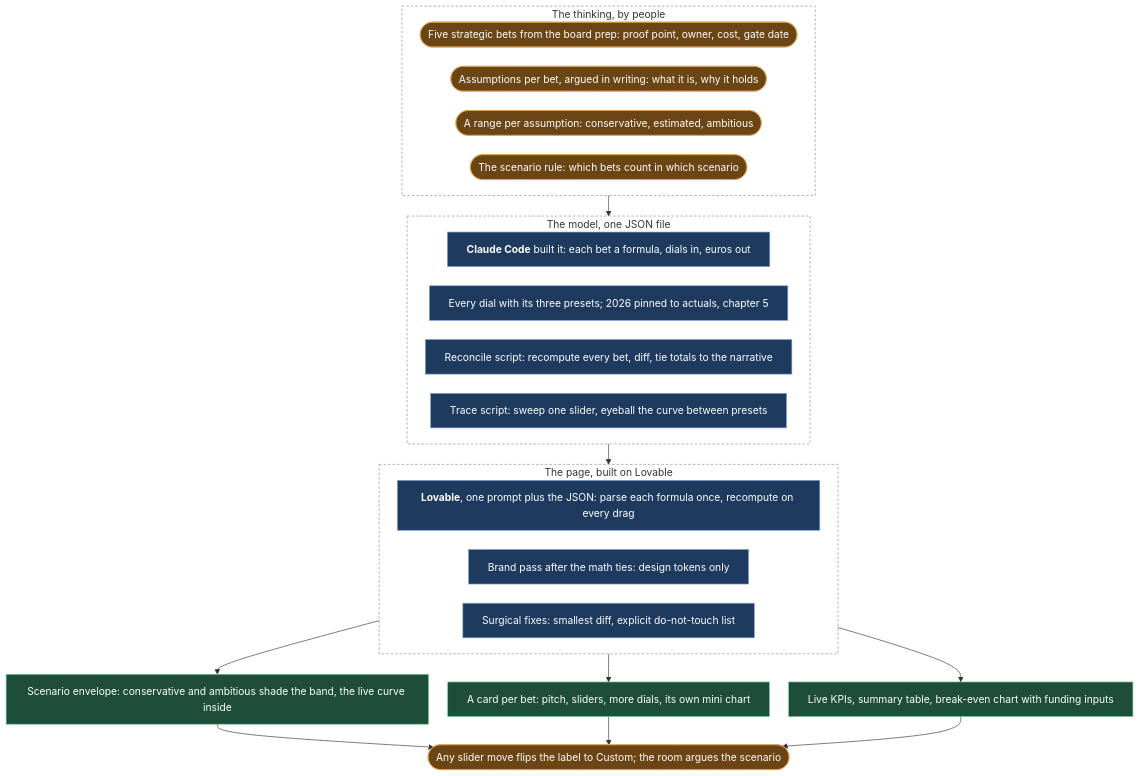
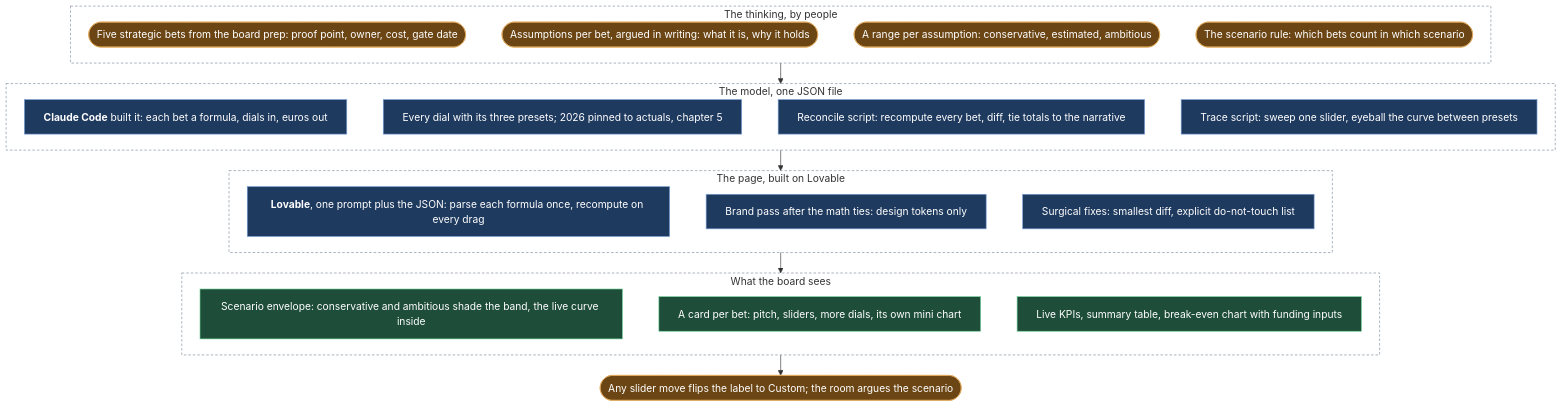
Before and after one commit to nunomnferreirapt/ai-operated-growth-engine: the diagram in evidence/case-studies/06-a-financial-model-the-leadership-team-could-click.md, drawn with Mermaid.

Commit message:
Chapter 6 diagram: groups stacked vertically, outputs grouped
Claude-Session: https://claude.ai/code/session_013vAMTruojjzTuNGSxvVixS

````diff
--- a/evidence/case-studies/06-a-financial-model-the-leadership-team-could-click.md
+++ b/evidence/case-studies/06-a-financial-model-the-leadership-team-could-click.md
@@ -11,35 +11,41 @@
 ```mermaid
 %%{init: {"flowchart": {"wrappingWidth": 600, "nodeSpacing": 30, "rankSpacing": 32}}}%%
 flowchart TB
     subgraph TH["The thinking, by people"]
         B1(["Five strategic bets from the board prep: proof point, owner, cost, gate date"]):::human
         B2(["Assumptions per bet, argued in writing: what it is, why it holds"]):::human
         B3(["A range per assumption: conservative, estimated, ambitious"]):::human
         B4(["The scenario rule: which bets count in which scenario"]):::human
+        B1 ~~~ B2 ~~~ B3 ~~~ B4
     end
     subgraph MD["The model, one JSON file"]
         J["`**Claude Code** built it: each bet a formula, dials in, euros out`"]:::sys
         PR["Every dial with its three presets; 2026 pinned to actuals, chapter 5"]:::sys
         RC["Reconcile script: recompute every bet, diff, tie totals to the narrative"]:::sys
         TR["Trace script: sweep one slider, eyeball the curve between presets"]:::sys
+        J ~~~ PR ~~~ RC ~~~ TR
     end
     TH --> MD
     subgraph PG["The page, built on Lovable"]
         LV["`**Lovable**, one prompt plus the JSON: parse each formula once, recompute on every drag`"]:::sys
         ST["Brand pass after the math ties: design tokens only"]:::sys
         FX["Surgical fixes: smallest diff, explicit do-not-touch list"]:::sys
+        LV ~~~ ST ~~~ FX
     end
     MD --> PG
-    PG --> O1["Scenario envelope: conservative and ambitious shade the band, the live curve inside"]:::out
-    PG --> O2["A card per bet: pitch, sliders, more dials, its own mini chart"]:::out
-    PG --> O3["Live KPIs, summary table, break-even chart with funding inputs"]:::out
-    O1 --> RM(["Any slider move flips the label to Custom; the room argues the scenario"]):::human
-    O2 --> RM
-    O3 --> RM
+    subgraph OUT["What the board sees"]
+        O1["Scenario envelope: conservative and ambitious shade the band, the live curve inside"]:::out
+        O2["A card per bet: pitch, sliders, more dials, its own mini chart"]:::out
+        O3["Live KPIs, summary table, break-even chart with funding inputs"]:::out
+        O1 ~~~ O2 ~~~ O3
+    end
+    PG --> OUT
+    OUT --> RM(["Any slider move flips the label to Custom; the room argues the scenario"]):::human
     classDef sys fill:#1f3a5f,stroke:#7aa2d8,color:#ffffff
     classDef human fill:#6b4514,stroke:#e0a95a,color:#ffffff
     classDef out fill:#1e4d3a,stroke:#6fcf97,color:#ffffff
     style TH fill:transparent,stroke:#7f8c9a,stroke-dasharray:4 3
     style MD fill:transparent,stroke:#7f8c9a,stroke-dasharray:4 3
     style PG fill:transparent,stroke:#7f8c9a,stroke-dasharray:4 3
+    style OUT fill:transparent,stroke:#7f8c9a,stroke-dasharray:4 3
 ```
````
